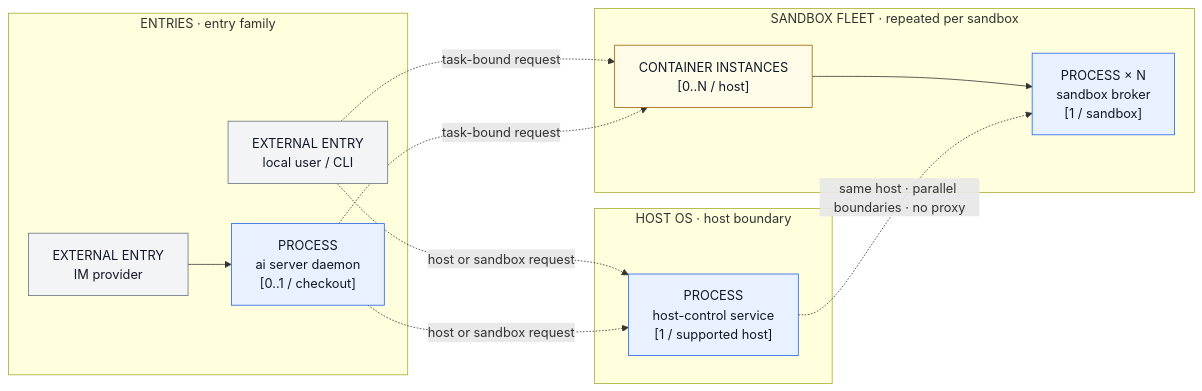
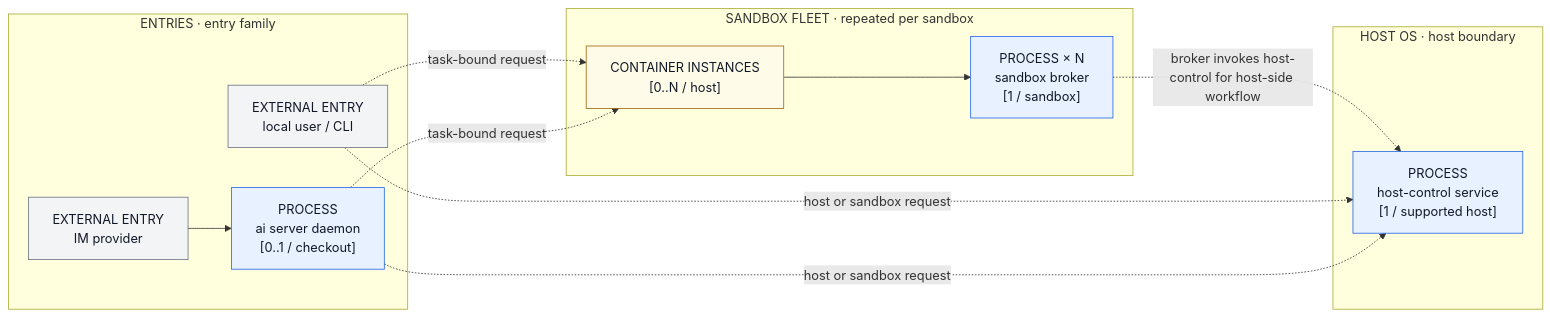
Before and after one commit to fitlab-ai/agent-infra: the second of 4 diagrams in docs/en/architecture.md, drawn with Mermaid. The commit also changed other lines of this file and 1 other file, not shown here.

Commit message:
docs(architecture): correct broker call direction

````diff
--- a/docs/en/architecture.md
+++ b/docs/en/architecture.md
@@ -57,30 +57,30 @@
 ```mermaid
 flowchart LR
   classDef process fill:#e8f1ff,stroke:#2563eb,color:#111827;
   classDef boundary fill:#fefce8,stroke:#a16207,color:#111827;
   classDef external fill:#f3f4f6,stroke:#6b7280,color:#111827;
 
   subgraph I["ENTRIES · entry family"]
     CLI["EXTERNAL ENTRY<br/>local user / CLI"]:::external
     IM["EXTERNAL ENTRY<br/>IM provider"]:::external
     D["PROCESS<br/>ai server daemon<br/>[0..1 / checkout]"]:::process
     IM --> D
   end
 
   subgraph H["HOST OS · host boundary"]
     HC["PROCESS<br/>host-control service<br/>[1 / supported host]"]:::process
   end
 
   subgraph F["SANDBOX FLEET · repeated per sandbox"]
     C["CONTAINER INSTANCES<br/>[0..N / host]"]:::boundary
     B["PROCESS × N<br/>sandbox broker<br/>[1 / sandbox]"]:::process
     C --> B
   end
 
-  HC -. "same host · parallel boundaries · no proxy" .-> B
+  B -. "broker invokes host-control for host-side workflow" .-> HC
 
   CLI -. host or sandbox request .-> HC
   D -. host or sandbox request .-> HC
   CLI -. task-bound request .-> C
   D -. task-bound request .-> C
 ```
````
